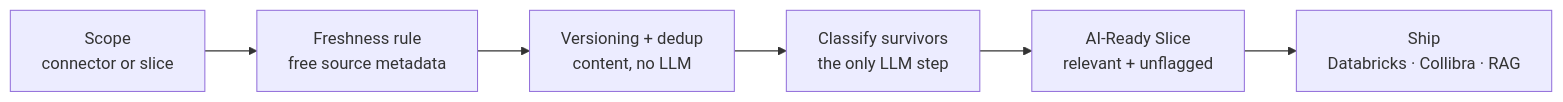
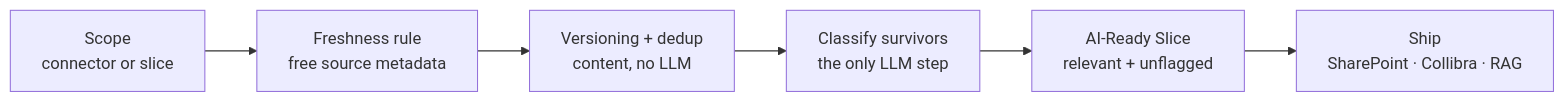
Before and after one commit to Deasie-internal/deasy-docs: the diagram in cookbooks/data-quality.mdx, drawn with Mermaid. The commit also changed 8 other files, not shown here.

````diff
--- a/cookbooks/data-quality.mdx
+++ b/cookbooks/data-quality.mdx
@@ -16,8 +16,8 @@
 ```mermaid
 flowchart LR
     SCOPE[Scope<br/>connector or slice] --> FRESH[Freshness rule<br/>free source metadata]
     FRESH --> VERS[Versioning + dedup<br/>content, no LLM]
     VERS --> CLS[Classify survivors<br/>the only LLM step]
     CLS --> SLICE[AI-Ready Slice<br/>relevant + unflagged]
-    SLICE --> SHIP[Ship<br/>Databricks · Collibra · RAG]
+    SLICE --> SHIP[Ship<br/>SharePoint · Collibra · RAG]
 ```
````
